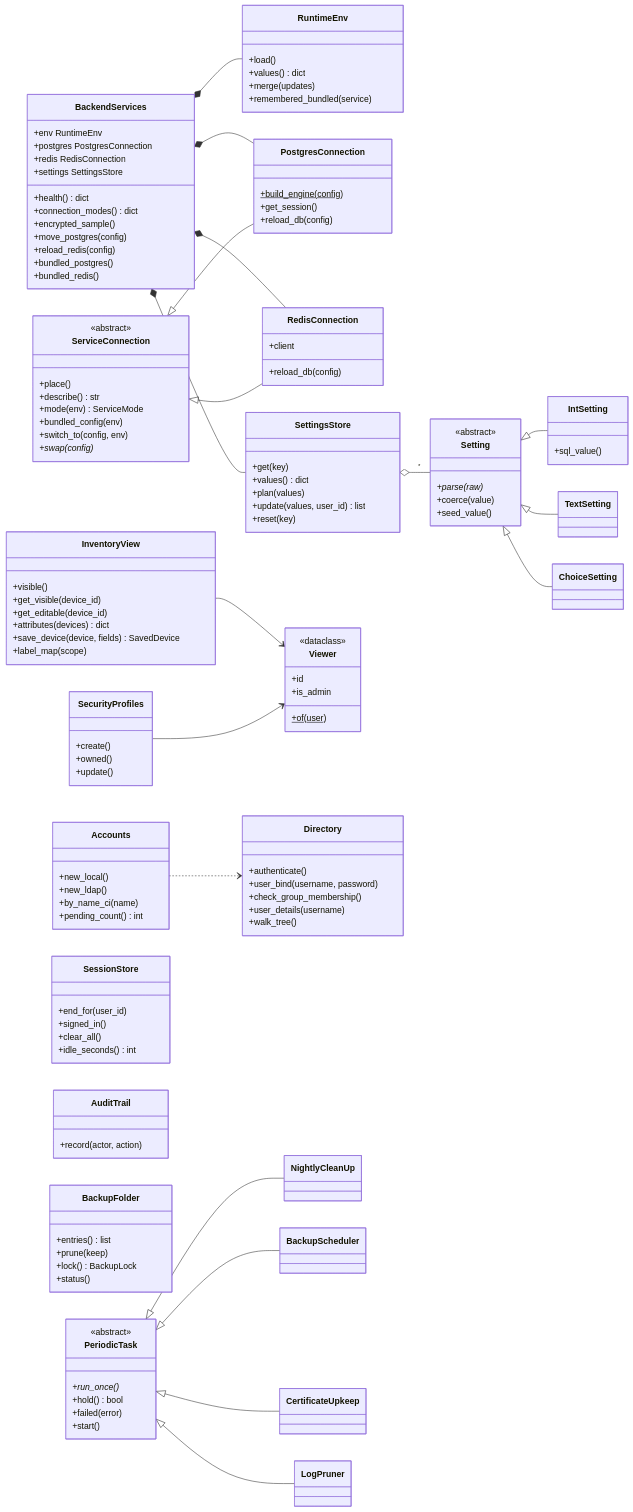
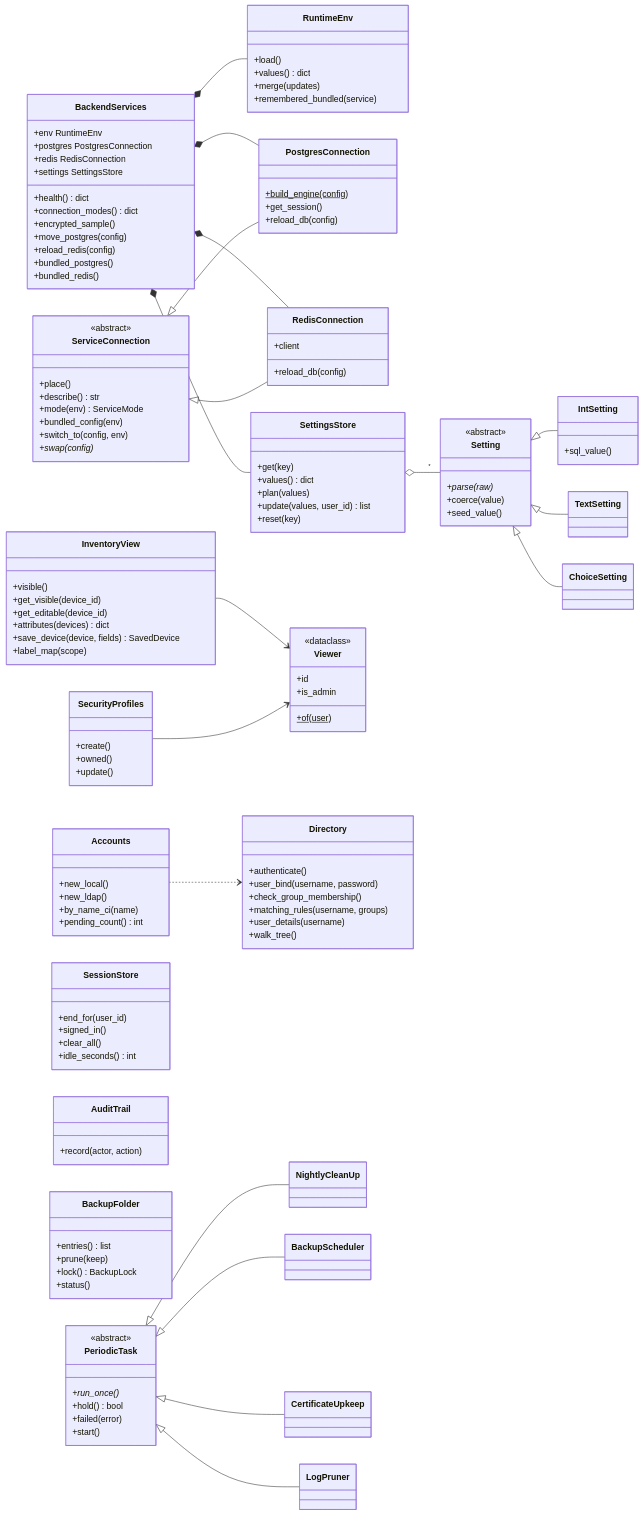
One commit to itamar14-byte/NetRollout changed the seventh of 15 diagrams in docs/architecture.md. Above: the diagram before and after it, drawn with Mermaid. The commit also changed other lines of this file and 14 other files, not shown here.

```diff
--- a/docs/architecture.md
+++ b/docs/architecture.md
@@ -847,6 +847,7 @@
         +authenticate()
         +user_bind(username, password)
         +check_group_membership()
+        +matching_rules(username, groups)
         +user_details(username)
         +walk_tree()
     }
```
